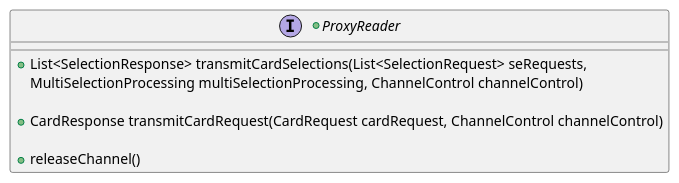
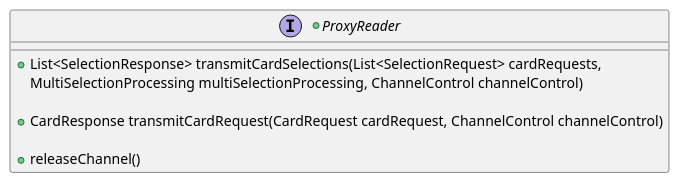
The second of 7 diagrams in src/KeypleCoreApi/puml/KeypleCore_Card_ClassDiag_ClassElements.iuml (calypsonet/keyple), drawn with PlantUML before and after one commit. The commit also changed other lines of this file and 10 other files, not shown here.

```diff
--- a/src/KeypleCoreApi/puml/KeypleCore_Card_ClassDiag_ClassElements.iuml
+++ b/src/KeypleCoreApi/puml/KeypleCore_Card_ClassDiag_ClassElements.iuml
@@ -21,10 +21,10 @@
 @startuml(id=CARD_PROXYREADER_1_0_0)
 +interface ProxyReader {
-  +List<SelectionResponse> transmitCardSelections(List<SelectionRequest> seRequests,
+  +List<SelectionResponse> transmitCardSelections(List<SelectionRequest> cardRequests,
     MultiSelectionProcessing multiSelectionProcessing, ChannelControl channelControl)
 
   +CardResponse transmitCardRequest(CardRequest cardRequest, ChannelControl channelControl)
 
   +releaseChannel()
 }
 @enduml
```
